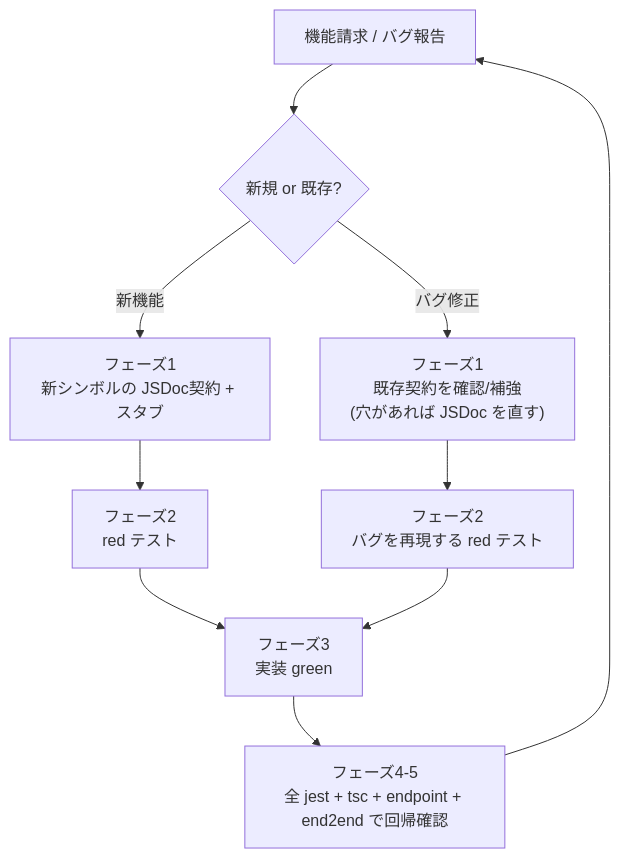
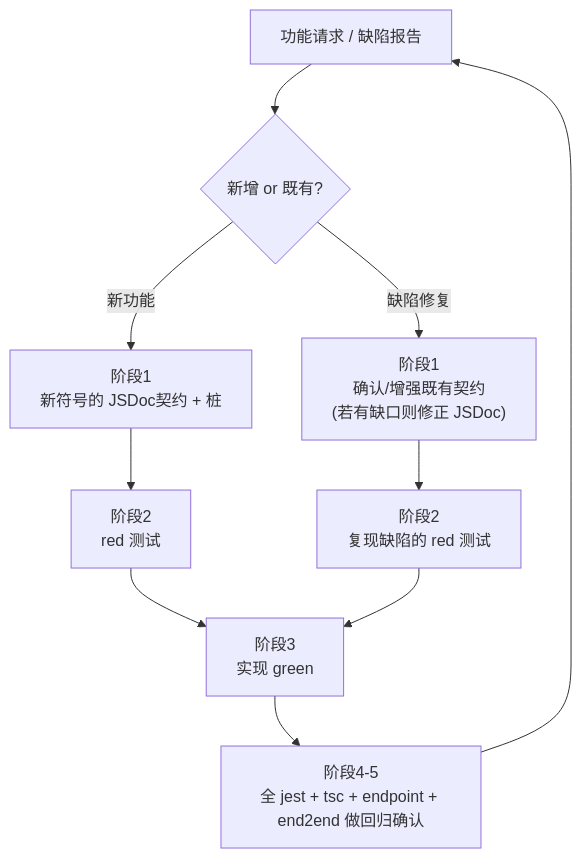
One commit to magcen-zone/supadevops changed the third of 7 diagrams in README.md. Above: the diagram before and after it, drawn with Mermaid. The commit also changed other lines of this file and 11 other files, not shown here.

````diff
--- a/README.md
+++ b/README.md
@@ -216,12 +216,12 @@
 ```mermaid
 flowchart TD
-    REQ["機能請求 / バグ報告"] --> K{"新規 or 既存?"}
-    K -->|新機能| NEW["フェーズ1<br/>新シンボルの JSDoc契約 + スタブ"]
-    K -->|バグ修正| FIX["フェーズ1<br/>既存契約を確認/補強<br/>(穴があれば JSDoc を直す)"]
-    NEW --> T["フェーズ2<br/>red テスト"]
-    FIX --> T2["フェーズ2<br/>バグを再現する red テスト"]
-    T --> IMP["フェーズ3<br/>実装 green"]
+    REQ["功能请求 / 缺陷报告"] --> K{"新增 or 既有?"}
+    K -->|新功能| NEW["阶段1<br/>新符号的 JSDoc契约 + 桩"]
+    K -->|缺陷修复| FIX["阶段1<br/>确认/增强既有契约<br/>(若有缺口则修正 JSDoc)"]
+    NEW --> T["阶段2<br/>red 测试"]
+    FIX --> T2["阶段2<br/>复现缺陷的 red 测试"]
+    T --> IMP["阶段3<br/>实现 green"]
     T2 --> IMP
-    IMP --> REG["フェーズ4-5<br/>全 jest + tsc + endpoint + end2end で回帰確認"]
+    IMP --> REG["阶段4-5<br/>全 jest + tsc + endpoint + end2end 做回归确认"]
     REG --> REQ
 ```
````
